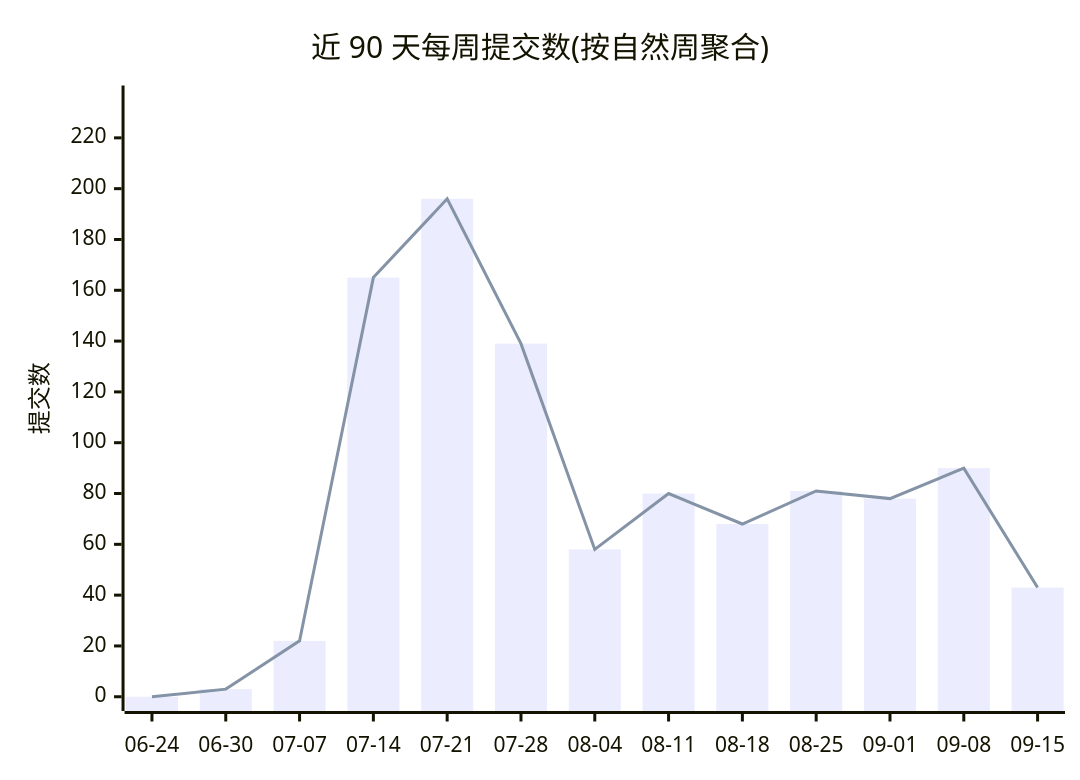
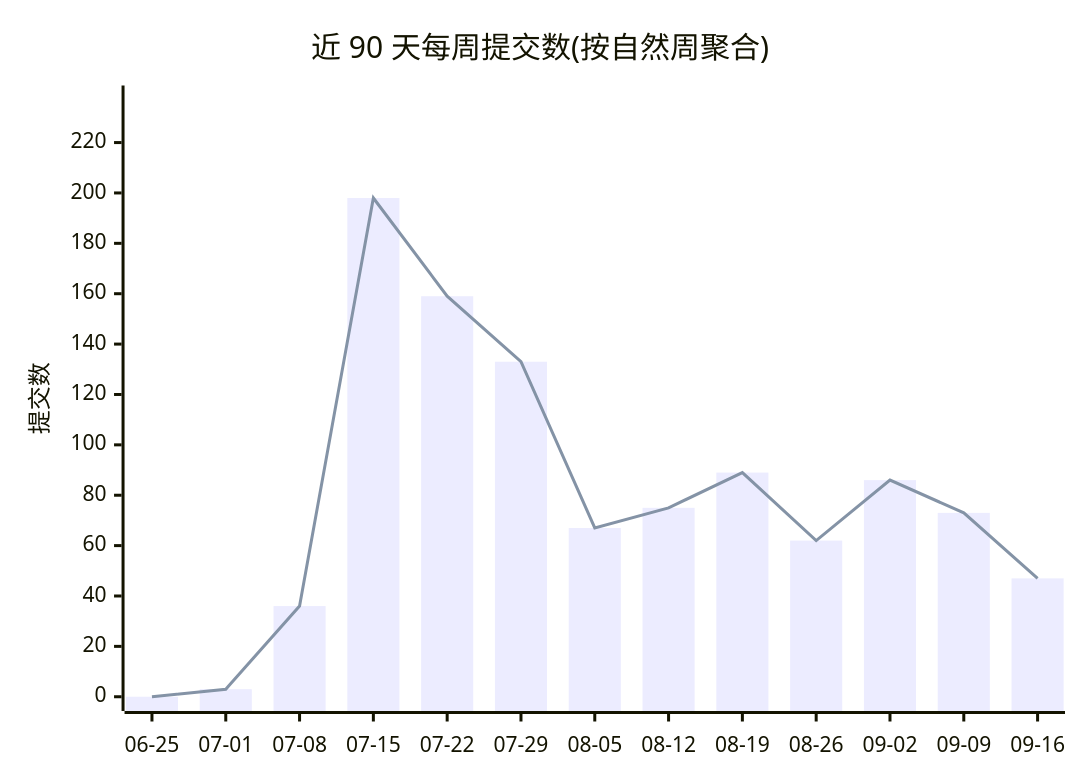
The first of 2 diagrams in profile/README.md (Conflux-Union/.github), drawn with Mermaid before and after one commit. The commit also changed other lines of this file and 1 other file, not shown here.

````diff
--- a/profile/README.md
+++ b/profile/README.md
@@ -44,8 +44,8 @@
 ```mermaid
 xychart-beta
     title "近 90 天每周提交数(按自然周聚合)"
-    x-axis ["06-24", "06-30", "07-07", "07-14", "07-21", "07-28", "08-04", "08-11", "08-18", "08-25", "09-01", "09-08", "09-15"]
-    y-axis "提交数" 0 --> 235
-    bar [0, 3, 22, 165, 196, 139, 58, 80, 68, 81, 78, 90, 43]
-    line [0, 3, 22, 165, 196, 139, 58, 80, 68, 81, 78, 90, 43]
+    x-axis ["06-25", "07-01", "07-08", "07-15", "07-22", "07-29", "08-05", "08-12", "08-19", "08-26", "09-02", "09-09", "09-16"]
+    y-axis "提交数" 0 --> 237
+    bar [0, 3, 36, 198, 159, 133, 67, 75, 89, 62, 86, 73, 47]
+    line [0, 3, 36, 198, 159, 133, 67, 75, 89, 62, 86, 73, 47]
 ```
````
